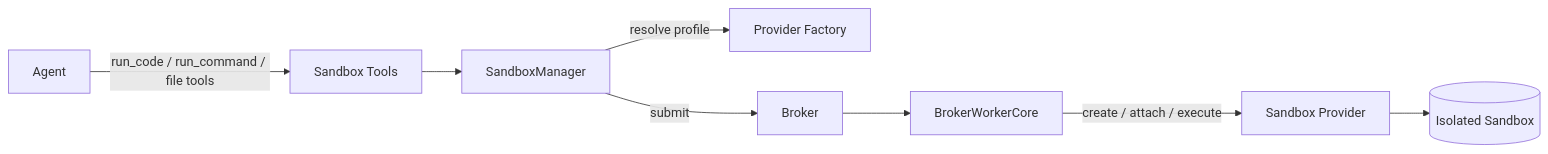
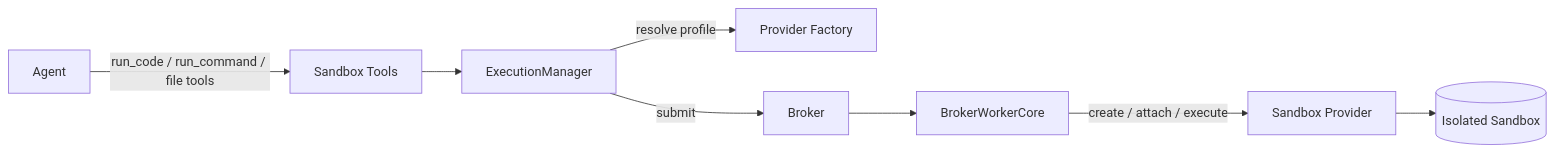
The diagram in docs/docs/advanced/sandbox.md (yaalalabs/agent-kernel), drawn with Mermaid before and after one commit. The commit also changed other lines of this file and 27 other files, not shown here.

First line of the commit message:
refactor: rename SandboxManager to ExecutionManager and related classes for clarity

````diff
--- a/docs/docs/advanced/sandbox.md
+++ b/docs/docs/advanced/sandbox.md
@@ -15,10 +15,10 @@
 ```mermaid
 flowchart LR
     Agent -->|run_code / run_command / file tools| Tools[Sandbox Tools]
-    Tools --> Manager[SandboxManager]
+    Tools --> Manager[ExecutionManager]
     Manager -->|resolve profile| Factory[Provider Factory]
     Manager -->|submit| Broker[Broker]
     Broker --> Worker[BrokerWorkerCore]
     Worker -->|create / attach / execute| Provider[Sandbox Provider]
     Provider --> Sandbox[(Isolated Sandbox)]
 ```
````
